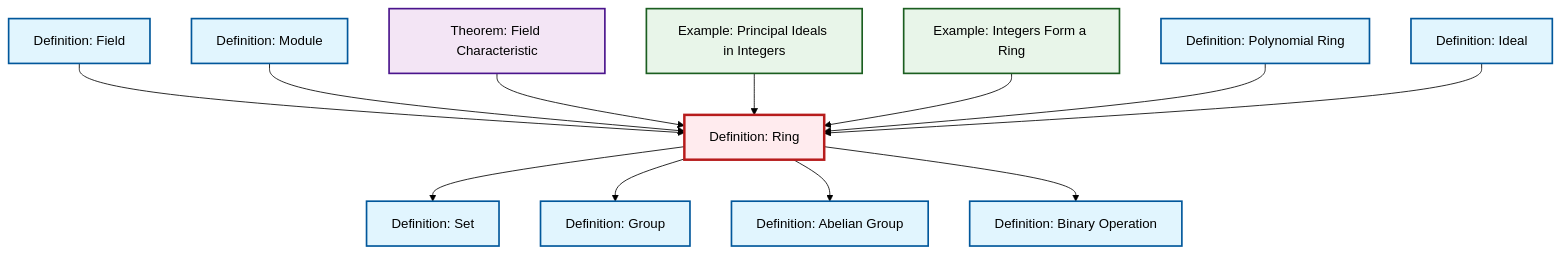
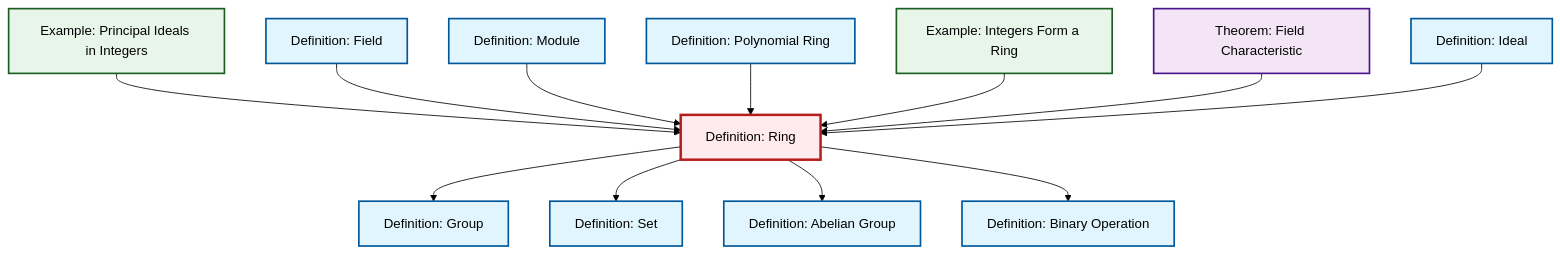
One commit to RK0429/ModernMath changed the diagram in content/ja/algebra/def-ring.qmd. Above: the diagram before and after it, drawn with Mermaid (forest theme). The commit also changed other lines of this file and 615 other files, not shown here.

````diff
--- a/content/ja/algebra/def-ring.qmd
+++ b/content/ja/algebra/def-ring.qmd
@@ -62,44 +62,44 @@
 ```{mermaid}
 %%| fig-cap: "Local dependency graph"
 graph TD
     classDef definition fill:#e1f5fe,stroke:#01579b,stroke-width:2px
     classDef theorem fill:#f3e5f5,stroke:#4a148c,stroke-width:2px
     classDef axiom fill:#fff3e0,stroke:#e65100,stroke-width:2px
     classDef example fill:#e8f5e9,stroke:#1b5e20,stroke-width:2px
     classDef current fill:#ffebee,stroke:#b71c1c,stroke-width:3px
+    thm-field-characteristic["Theorem: Field Characteristic"]:::theorem
+    def-polynomial-ring["Definition: Polynomial Ring"]:::definition
+    def-set["Definition: Set"]:::definition
+    def-field["Definition: Field"]:::definition
+    def-group["Definition: Group"]:::definition
     def-ideal["Definition: Ideal"]:::definition
-    def-field["Definition: Field"]:::definition
+    def-binary-operation["Definition: Binary Operation"]:::definition
     def-abelian-group["Definition: Abelian Group"]:::definition
-    def-set["Definition: Set"]:::definition
-    def-polynomial-ring["Definition: Polynomial Ring"]:::definition
+    def-module["Definition: Module"]:::definition
+    ex-integers-ring["Example: Integers Form a Ring"]:::example
     def-ring["Definition: Ring"]:::definition
     ex-principal-ideal["Example: Principal Ideals in Integers"]:::example
-    ex-integers-ring["Example: Integers Form a Ring"]:::example
-    thm-field-characteristic["Theorem: Field Characteristic"]:::theorem
-    def-module["Definition: Module"]:::definition
-    def-group["Definition: Group"]:::definition
-    def-binary-operation["Definition: Binary Operation"]:::definition
+    ex-principal-ideal --> def-ring
     def-field --> def-ring
-    def-ring --> def-set
     def-module --> def-ring
     def-ring --> def-group
+    def-ring --> def-set
+    def-ring --> def-abelian-group
+    def-ring --> def-binary-operation
+    def-polynomial-ring --> def-ring
+    ex-integers-ring --> def-ring
     thm-field-characteristic --> def-ring
-    ex-principal-ideal --> def-ring
-    def-ring --> def-abelian-group
-    ex-integers-ring --> def-ring
-    def-polynomial-ring --> def-ring
-    def-ring --> def-binary-operation
     def-ideal --> def-ring
     class def-ring current
+    click thm-field-characteristic "thm-field-characteristic.html" "Theorem: Field Characteristicへ"
+    click def-polynomial-ring "def-polynomial-ring.html" "Definition: Polynomial Ringへ"
+    click def-set "def-set.html" "Definition: Setへ"
+    click def-field "def-field.html" "Definition: Fieldへ"
+    click def-group "def-group.html" "Definition: Groupへ"
     click def-ideal "def-ideal.html" "Definition: Idealへ"
-    click def-field "def-field.html" "Definition: Fieldへ"
+    click def-binary-operation "def-binary-operation.html" "Definition: Binary Operationへ"
     click def-abelian-group "def-abelian-group.html" "Definition: Abelian Groupへ"
-    click def-set "def-set.html" "Definition: Setへ"
-    click def-polynomial-ring "def-polynomial-ring.html" "Definition: Polynomial Ringへ"
+    click def-module "def-module.html" "Definition: Moduleへ"
+    click ex-integers-ring "ex-integers-ring.html" "Example: Integers Form a Ringへ"
     click ex-principal-ideal "ex-principal-ideal.html" "Example: Principal Ideals in Integersへ"
-    click ex-integers-ring "ex-integers-ring.html" "Example: Integers Form a Ringへ"
-    click thm-field-characteristic "thm-field-characteristic.html" "Theorem: Field Characteristicへ"
-    click def-module "def-module.html" "Definition: Moduleへ"
-    click def-group "def-group.html" "Definition: Groupへ"
-    click def-binary-operation "def-binary-operation.html" "Definition: Binary Operationへ"
 ```
````
